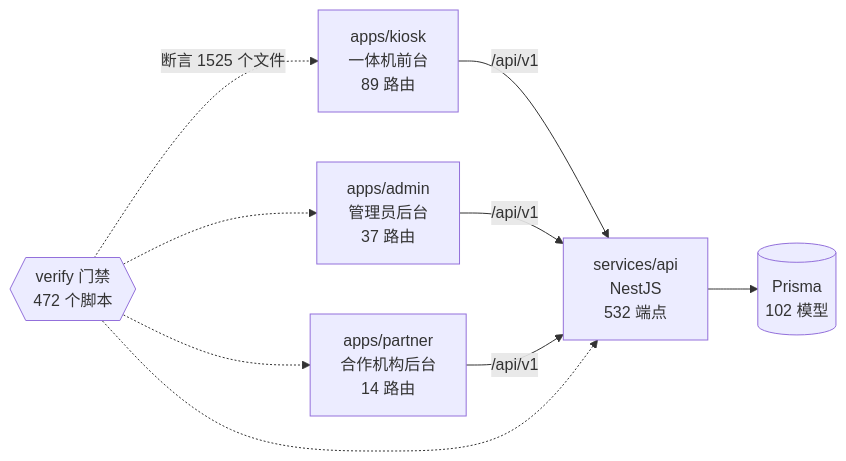
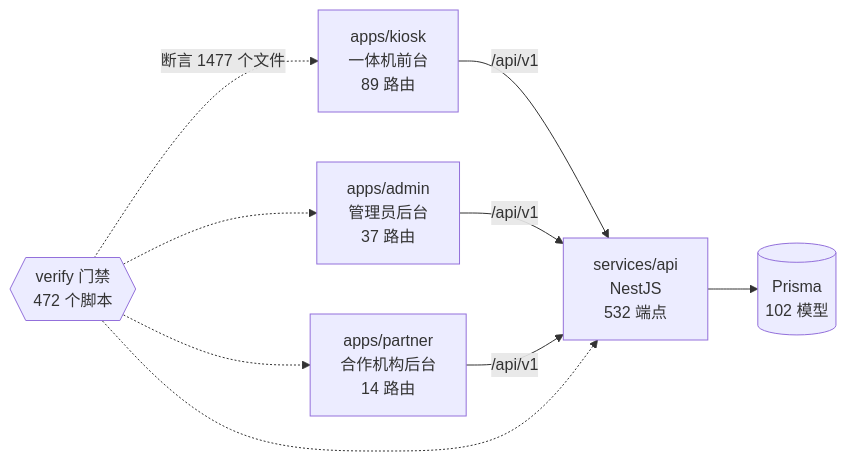
Before and after one commit to wanglei581/YITIJI: the diagram in docs/graph/README.md, drawn with Mermaid. The commit also changed other lines of this file and 7 other files, not shown here.

````diff
--- a/docs/graph/README.md
+++ b/docs/graph/README.md
@@ -68,18 +68,18 @@
 ```mermaid
 flowchart LR
   kiosk["apps/kiosk<br/>一体机前台<br/>89 路由"]
   admin["apps/admin<br/>管理员后台<br/>37 路由"]
   partner["apps/partner<br/>合作机构后台<br/>14 路由"]
   api["services/api<br/>NestJS<br/>532 端点"]
   db[("Prisma<br/>102 模型")]
   gates{{"verify 门禁<br/>472 个脚本"}}
 
   kiosk -->|"/api/v1"| api
   admin -->|"/api/v1"| api
   partner -->|"/api/v1"| api
   api --> db
-  gates -.->|"断言 1525 个文件"| kiosk
+  gates -.->|"断言 1477 个文件"| kiosk
   gates -.-> admin
   gates -.-> partner
   gates -.-> api
 ```
````
